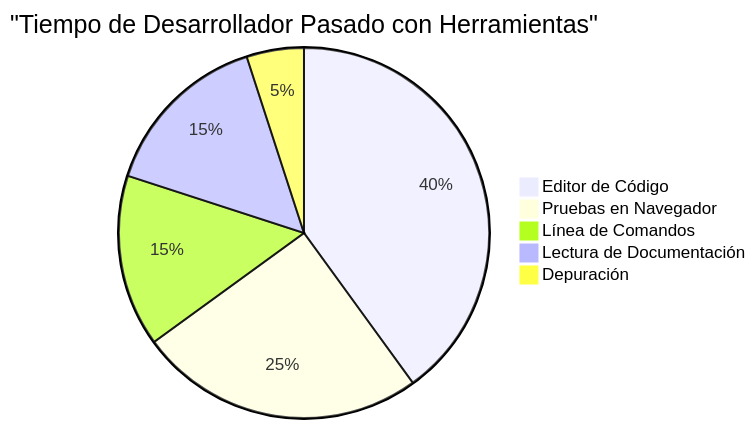
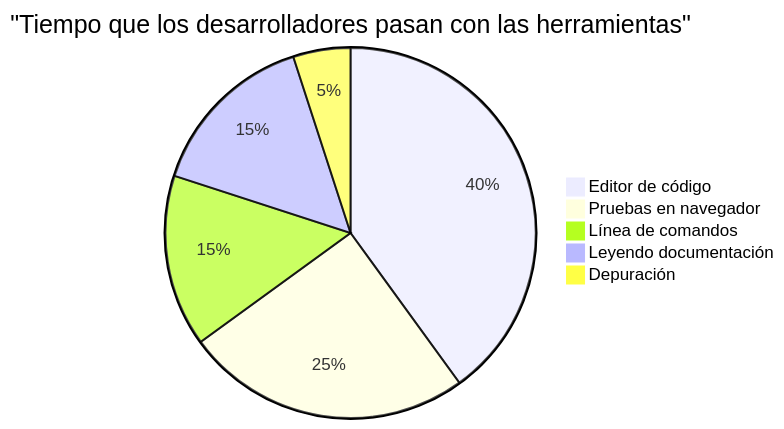
The sixth of 7 diagrams in translations/es/1-getting-started-lessons/1-intro-to-programming-languages/README.md (microsoft/Web-Dev-For-Beginners), drawn with Mermaid before and after one commit. The commit also changed other lines of this file and 8 other files, not shown here.

````diff
--- a/translations/es/1-getting-started-lessons/1-intro-to-programming-languages/README.md
+++ b/translations/es/1-getting-started-lessons/1-intro-to-programming-languages/README.md
@@ -713,8 +713,8 @@
 ```mermaid
-pie title "Tiempo de Desarrollador Pasado con Herramientas"
-    "Editor de Código" : 40
-    "Pruebas en Navegador" : 25
-    "Línea de Comandos" : 15
-    "Lectura de Documentación" : 15
+pie title "Tiempo que los desarrolladores pasan con las herramientas"
+    "Editor de código" : 40
+    "Pruebas en navegador" : 25
+    "Línea de comandos" : 15
+    "Leyendo documentación" : 15
     "Depuración" : 5
 ```
````
